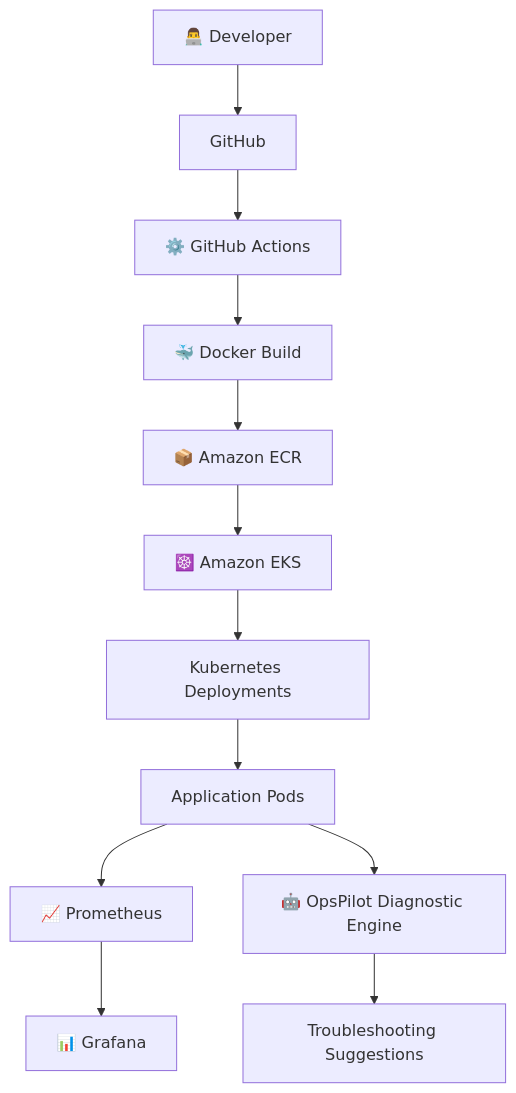
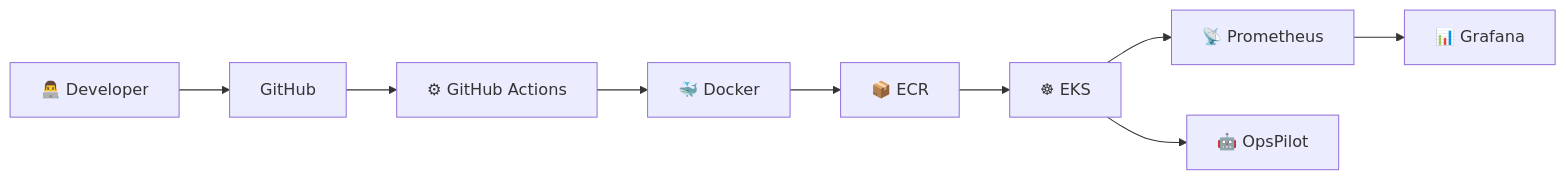
The second of 7 diagrams in README.md (harshithrosun2705-star/harshithrosun2705-star), drawn with Mermaid before and after one commit. The commit also changed other lines of this file, not shown here.

````diff
--- a/README.md
+++ b/README.md
@@ -229,25 +429,24 @@
 ```mermaid
-flowchart TD
+flowchart LR
 
-    DEV["👨‍💻 Developer"] --> GH["GitHub"]
+    DEV["👨‍💻 Developer"]
+    GH["GitHub"]
+    CI["⚙ GitHub Actions"]
+    DK["🐳 Docker"]
+    ECR["📦 ECR"]
+    EKS["☸ EKS"]
+    PROM["📡 Prometheus"]
+    GRAF["📊 Grafana"]
+    OPS["🤖 OpsPilot"]
 
-    GH --> ACTIONS["⚙️ GitHub Actions"]
+    DEV --> GH
+    GH --> CI
+    CI --> DK
+    DK --> ECR
+    ECR --> EKS
 
-    ACTIONS --> BUILD["🐳 Docker Build"]
+    EKS --> PROM
+    PROM --> GRAF
 
-    BUILD --> ECR["📦 Amazon ECR"]
-
-    ECR --> EKS["☸️ Amazon EKS"]
-
-    EKS --> DEP["Kubernetes Deployments"]
-
-    DEP --> PODS["Application Pods"]
-
-    PODS --> PROM["📈 Prometheus"]
-
-    PROM --> GRAF["📊 Grafana"]
-
-    PODS --> OPS["🤖 OpsPilot Diagnostic Engine"]
-
-    OPS --> DIAG["Troubleshooting Suggestions"]
+    EKS --> OPS
 ```
````
